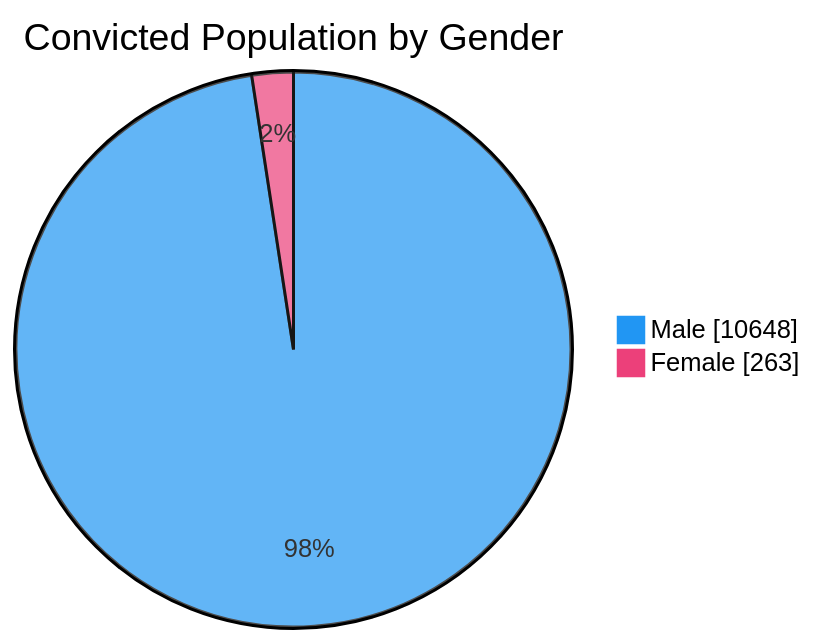
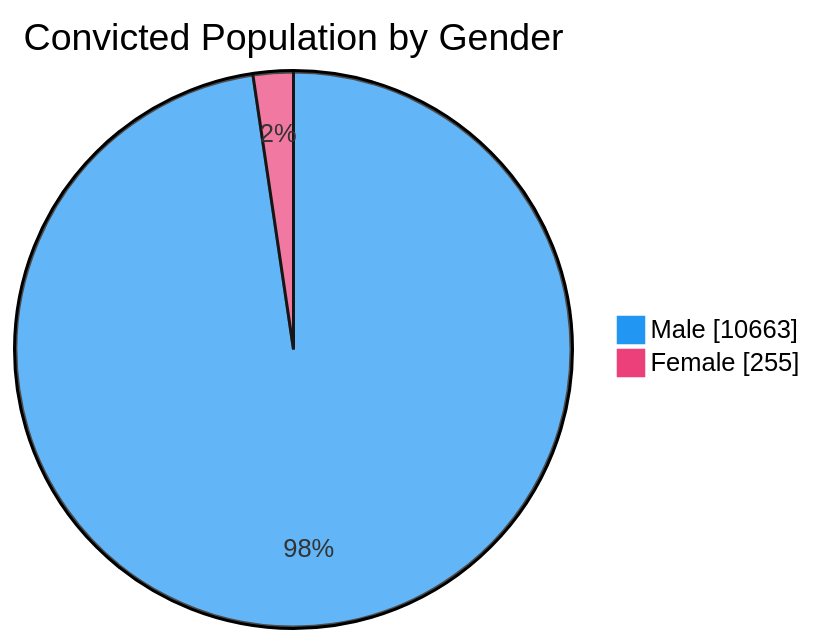
One commit to nuuuwan/lk_prisons changed the third of 7 diagrams in README.md. Above: the diagram before and after it, drawn with Mermaid. The commit also changed other lines of this file and 1 other file, not shown here.

````diff
--- a/README.md
+++ b/README.md
@@ -65,6 +65,6 @@
 ```mermaid
 %%{init: {'themeVariables': {'pie1': '#2196F3', 'pie2': '#EC407A'}}}%%
 pie showData title Convicted Population by Gender
-    "Male" : 10648
-    "Female" : 263
+    "Male" : 10663
+    "Female" : 255
 ```
````
